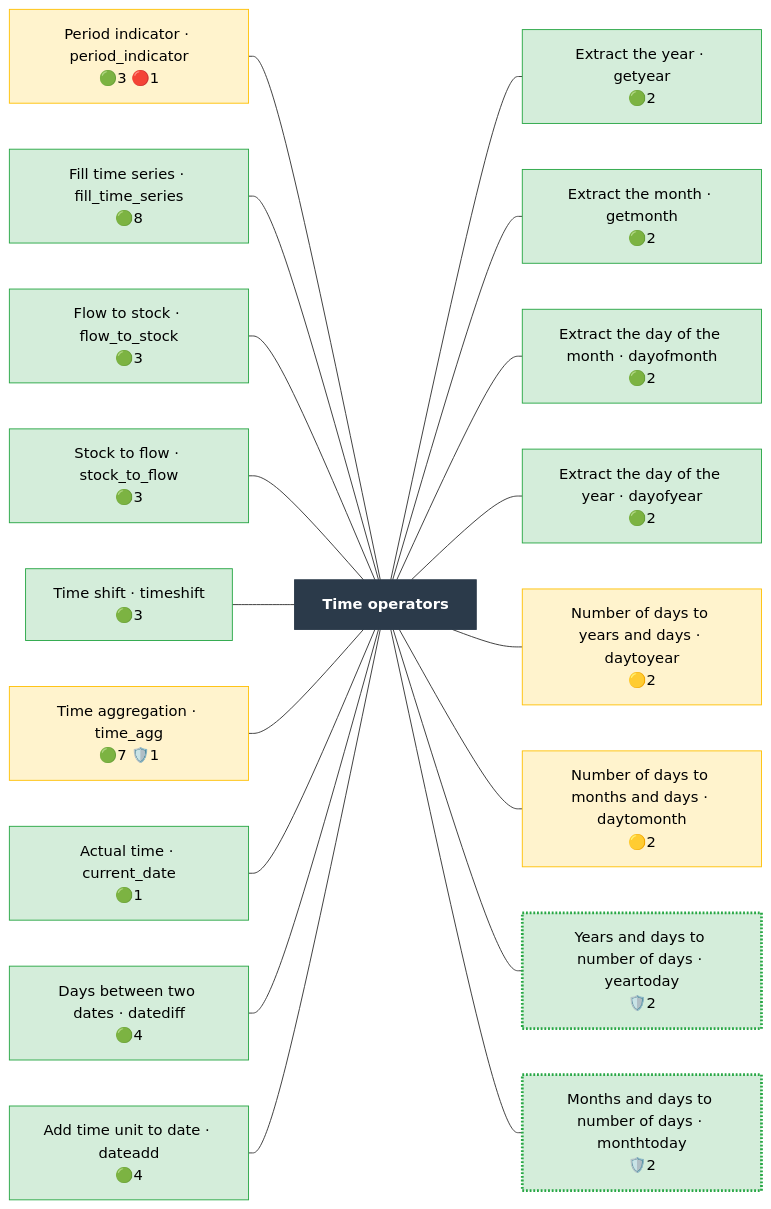
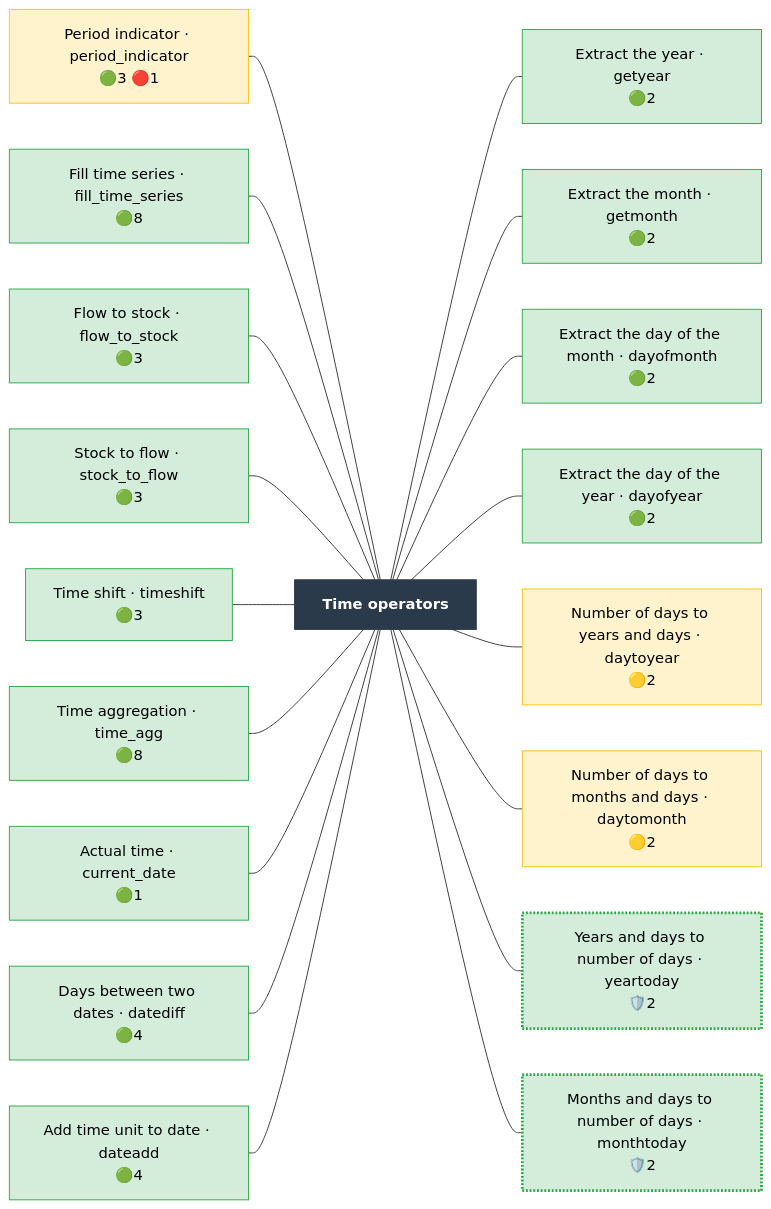
One commit to Meaningful-Data/vtlengine changed the diagram in docs/operator_map/time/index.rst. Above: the diagram before and after it, drawn with Mermaid. The commit also changed other lines of this file and 140 other files, not shown here.

First line of the commit message:
Expect the error where the manual gives lag, lead and time_agg no default

```diff
--- a/docs/operator_map/time/index.rst
+++ b/docs/operator_map/time/index.rst
@@ -17,63 +17,63 @@
 .. mermaid::
    :config: {"flowchart": {"useMaxWidth": false}}
 
    flowchart LR
        classDef ok fill:#d4edda,stroke:#28a745,color:#000
        classDef partial fill:#fff3cd,stroke:#ffc107,color:#000
        classDef refused fill:#d4edda,stroke:#28a745,stroke-width:3px,stroke-dasharray: 2 2,color:#000
        classDef missing fill:#f8d7da,stroke:#dc3545,color:#000
        classDef diverge fill:#cce5ff,stroke:#007bff,color:#000
        classDef block fill:#2b3a4a,stroke:#2b3a4a,color:#fff,font-weight:bold
        classDef ext fill:#fff,stroke:#666,color:#000,stroke-dasharray: 5 5
        B["Time operators"]:::block
        time__period_indicator["Period indicator · period_indicator<br/>🟢3 🔴1"]:::partial
        time__fill_time_series["Fill time series · fill_time_series<br/>🟢8"]:::ok
        time__flow_to_stock["Flow to stock · flow_to_stock<br/>🟢3"]:::ok
        time__stock_to_flow["Stock to flow · stock_to_flow<br/>🟢3"]:::ok
        time__timeshift["Time shift · timeshift<br/>🟢3"]:::ok
-       time__time_agg["Time aggregation · time_agg<br/>🟢7 🛡️1"]:::partial
+       time__time_agg["Time aggregation · time_agg<br/>🟢8"]:::ok
        time__current_date["Actual time · current_date<br/>🟢1"]:::ok
        time__datediff["Days between two dates · datediff<br/>🟢4"]:::ok
        time__dateadd["Add time unit to date · dateadd<br/>🟢4"]:::ok
        time__getyear["Extract the year · getyear<br/>🟢2"]:::ok
        time__getmonth["Extract the month · getmonth<br/>🟢2"]:::ok
        time__dayofmonth["Extract the day of the month · dayofmonth<br/>🟢2"]:::ok
        time__dayofyear["Extract the day of the year · dayofyear<br/>🟢2"]:::ok
        time__daytoyear["Number of days to years and days · daytoyear<br/>🟡2"]:::partial
        time__daytomonth["Number of days to months and days · daytomonth<br/>🟡2"]:::partial
        time__yeartoday["Years and days to number of days · yeartoday<br/>🛡️2"]:::refused
        time__monthtoday["Months and days to number of days · monthtoday<br/>🛡️2"]:::refused
        time__period_indicator --- B
        time__fill_time_series --- B
        time__flow_to_stock --- B
        time__stock_to_flow --- B
        time__timeshift --- B
        time__time_agg --- B
        time__current_date --- B
        time__datediff --- B
        time__dateadd --- B
        B --- time__getyear
        B --- time__getmonth
        B --- time__dayofmonth
        B --- time__dayofyear
        B --- time__daytoyear
        B --- time__daytomonth
        B --- time__yeartoday
        B --- time__monthtoday
        click time__period_indicator href "period_indicator.html"
        click time__fill_time_series href "fill_time_series.html"
        click time__flow_to_stock href "flow_to_stock.html"
        click time__stock_to_flow href "stock_to_flow.html"
        click time__timeshift href "timeshift.html"
        click time__time_agg href "time_agg.html"
        click time__current_date href "current_date.html"
        click time__datediff href "datediff.html"
        click time__dateadd href "dateadd.html"
        click time__getyear href "getyear.html"
        click time__getmonth href "getmonth.html"
        click time__dayofmonth href "dayofmonth.html"
        click time__dayofyear href "dayofyear.html"
        click time__daytoyear href "daytoyear.html"
        click time__daytomonth href "daytomonth.html"
        click time__yeartoday href "yeartoday.html"
        click time__monthtoday href "monthtoday.html"
```
